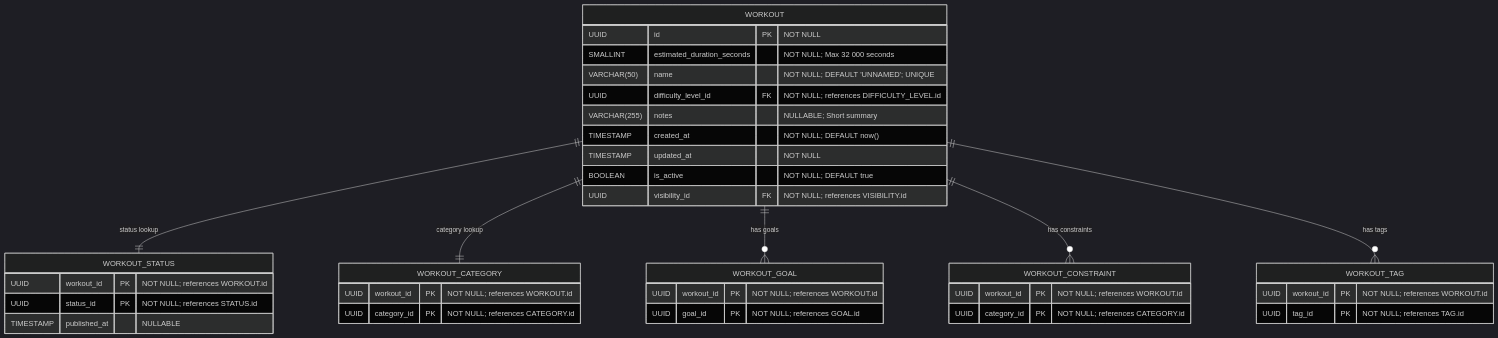
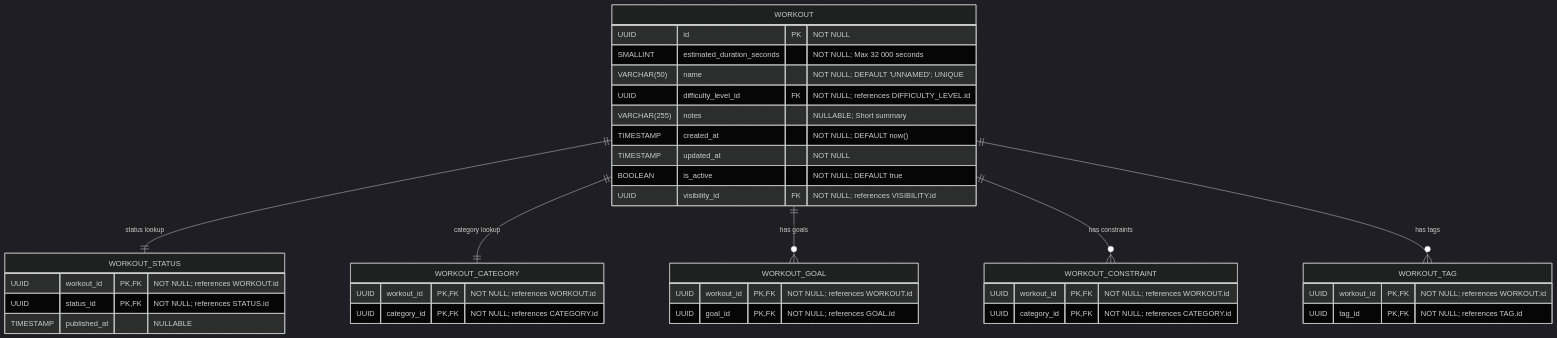
One commit to Dratharias/Motriforge changed the diagram in docs/workout/core_workout_definition_classification.md. Above: the diagram before and after it, drawn with Mermaid (dark theme). The commit also changed 20 other files, not shown here.

````diff
--- a/docs/workout/core_workout_definition_classification.md
+++ b/docs/workout/core_workout_definition_classification.md
@@ -8,50 +8,50 @@
 ```mermaid
 erDiagram
   %%=== Layer 1: Core Workout & Classification ===%%
 
   WORKOUT {
     UUID id PK                         "NOT NULL"
     SMALLINT estimated_duration_seconds "NOT NULL; Max 32 000 seconds"
     VARCHAR(50) name                   "NOT NULL; DEFAULT 'UNNAMED'; UNIQUE"
     UUID difficulty_level_id FK        "NOT NULL; references DIFFICULTY_LEVEL.id"
     VARCHAR(255) notes                 "NULLABLE; Short summary"
     TIMESTAMP created_at               "NOT NULL; DEFAULT now()"
     TIMESTAMP updated_at               "NOT NULL"
     BOOLEAN is_active                  "NOT NULL; DEFAULT true"
     UUID visibility_id FK              "NOT NULL; references VISIBILITY.id"
   }
 
   %%— Classification & Lookup Tables —
   WORKOUT_STATUS {
-    UUID workout_id PK "NOT NULL; references WORKOUT.id"
-    UUID status_id PK  "NOT NULL; references STATUS.id"
+    UUID workout_id PK,FK "NOT NULL; references WORKOUT.id"
+    UUID status_id PK,FK  "NOT NULL; references STATUS.id"
     TIMESTAMP published_at "NULLABLE"
   }
 
   WORKOUT_CATEGORY {
-    UUID workout_id PK "NOT NULL; references WORKOUT.id"
-    UUID category_id PK "NOT NULL; references CATEGORY.id"
+    UUID workout_id PK,FK "NOT NULL; references WORKOUT.id"
+    UUID category_id PK,FK "NOT NULL; references CATEGORY.id"
   }
 
   WORKOUT_GOAL {
-    UUID workout_id PK "NOT NULL; references WORKOUT.id"
-    UUID goal_id PK    "NOT NULL; references GOAL.id"
+    UUID workout_id PK,FK "NOT NULL; references WORKOUT.id"
+    UUID goal_id PK,FK    "NOT NULL; references GOAL.id"
   }
 
   WORKOUT_CONSTRAINT {
-    UUID workout_id PK "NOT NULL; references WORKOUT.id"
-    UUID category_id PK "NOT NULL; references CATEGORY.id"
+    UUID workout_id PK,FK "NOT NULL; references WORKOUT.id"
+    UUID category_id PK,FK "NOT NULL; references CATEGORY.id"
   }
 
   WORKOUT_TAG {
-    UUID workout_id PK "NOT NULL; references WORKOUT.id"
-    UUID tag_id PK     "NOT NULL; references TAG.id"
+    UUID workout_id PK,FK "NOT NULL; references WORKOUT.id"
+    UUID tag_id PK,FK     "NOT NULL; references TAG.id"
   }
 
   %%— Relationships in Layer 1 —
   WORKOUT ||--|| WORKOUT_STATUS     : "status lookup"
   WORKOUT ||--|| WORKOUT_CATEGORY   : "category lookup"
   WORKOUT ||--o{ WORKOUT_GOAL       : "has goals"
   WORKOUT ||--o{ WORKOUT_CONSTRAINT : "has constraints"
   WORKOUT ||--o{ WORKOUT_TAG        : "has tags"
 ```
````
